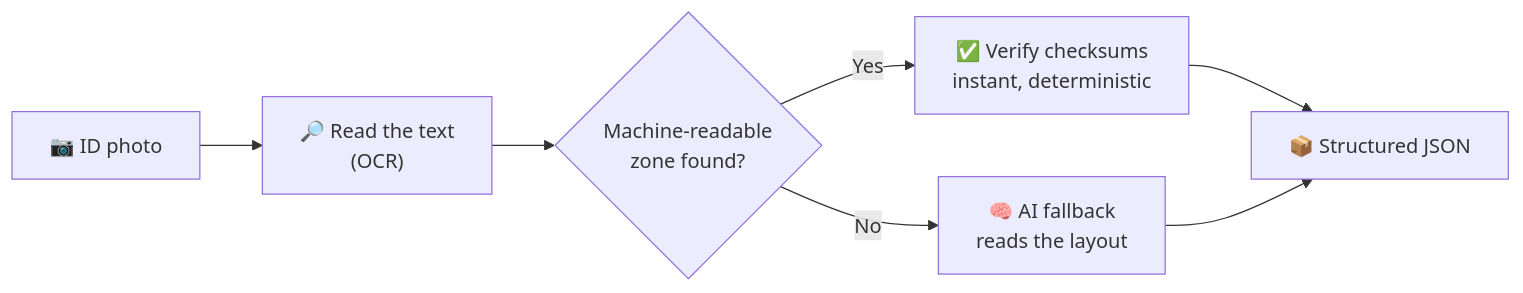
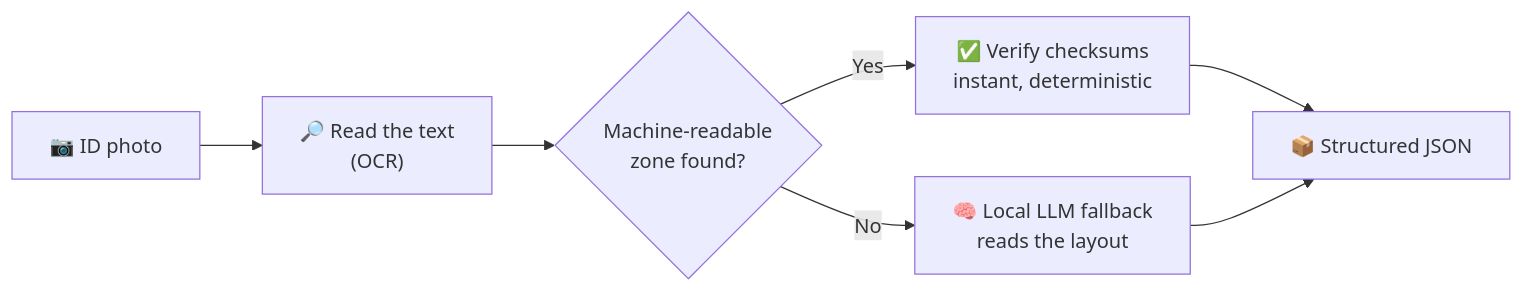
Before and after one commit to ruledicaprio/SynthPass: the first of 3 diagrams in README.md, drawn with Mermaid. The commit also changed other lines of this file, not shown here.

````diff
--- a/README.md
+++ b/README.md
@@ -101,9 +78,9 @@
 ```mermaid
 flowchart LR
     A["📷 ID photo"] --> B["🔎 Read the text<br/>(OCR)"]
     B --> C{"Machine-readable<br/>zone found?"}
     C -->|"Yes"| D["✅ Verify checksums<br/>instant, deterministic"]
-    C -->|"No"| E["🧠 AI fallback<br/>reads the layout"]
+    C -->|"No"| E["🧠 Local LLM fallback<br/>reads the layout"]
     D --> F["📦 Structured JSON"]
     E --> F
 ```
````
